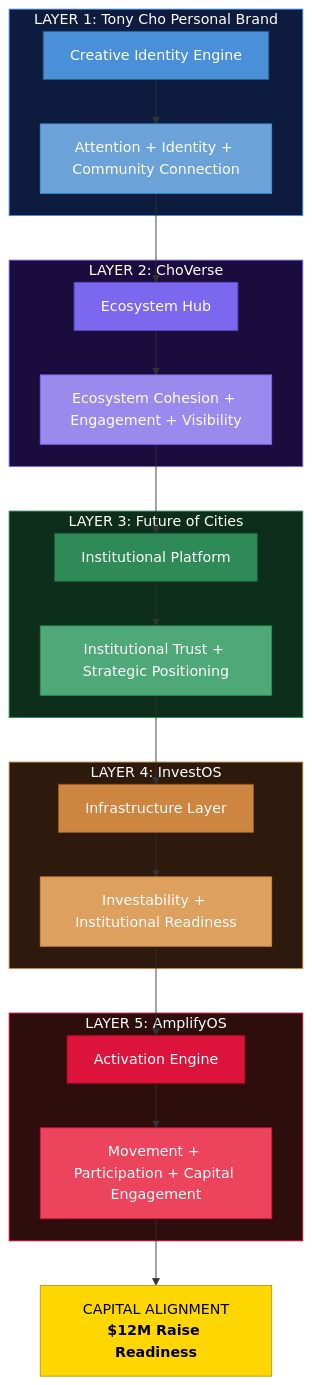
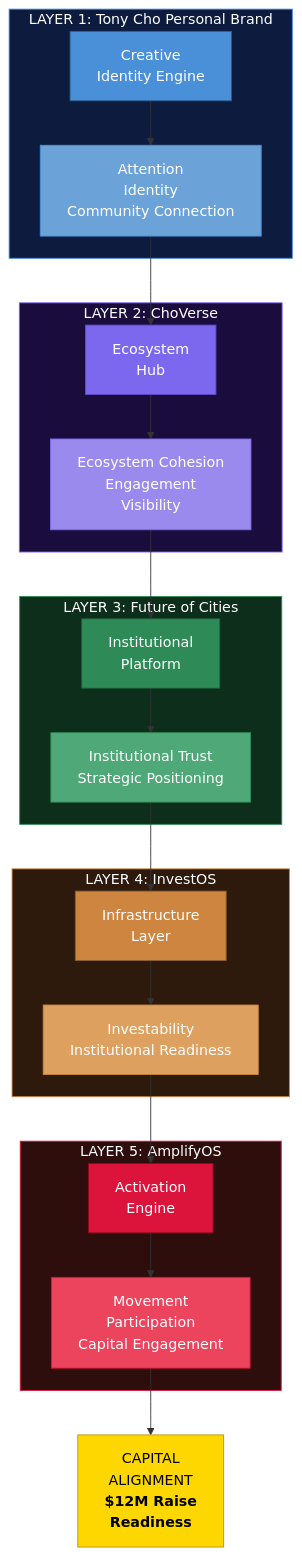
Before and after one commit to Light-Brands/brand-factory: diagram 11 of 11 in brands-reorg/cho-ventures-ai/spec/pricing/final-pricing-strategy.md, drawn with Mermaid. The commit also changed other lines of this file and 1 other file, not shown here.

First line of the commit message:
Fix Mermaid diagram text wrapping to prevent label cutoff

````diff
--- a/brands-reorg/cho-ventures-ai/spec/pricing/final-pricing-strategy.md
+++ b/brands-reorg/cho-ventures-ai/spec/pricing/final-pricing-strategy.md
@@ -776,57 +776,57 @@
 ```mermaid
 flowchart TD
     subgraph L1["LAYER 1: Tony Cho Personal Brand"]
-        L1R["Creative Identity Engine"]
-        L1O["Attention + Identity + Community Connection"]
+        L1R["Creative<br/>Identity Engine"]
+        L1O["Attention<br/>Identity<br/>Community Connection"]
     end
 
     subgraph L2["LAYER 2: ChoVerse"]
-        L2R["Ecosystem Hub"]
-        L2O["Ecosystem Cohesion + Engagement + Visibility"]
+        L2R["Ecosystem<br/>Hub"]
+        L2O["Ecosystem Cohesion<br/>Engagement<br/>Visibility"]
     end
 
     subgraph L3["LAYER 3: Future of Cities"]
-        L3R["Institutional Platform"]
-        L3O["Institutional Trust + Strategic Positioning"]
+        L3R["Institutional<br/>Platform"]
+        L3O["Institutional Trust<br/>Strategic Positioning"]
     end
 
     subgraph L4["LAYER 4: InvestOS"]
-        L4R["Infrastructure Layer"]
-        L4O["Investability + Institutional Readiness"]
+        L4R["Infrastructure<br/>Layer"]
+        L4O["Investability<br/>Institutional Readiness"]
     end
 
     subgraph L5["LAYER 5: AmplifyOS"]
-        L5R["Activation Engine"]
-        L5O["Movement + Participation + Capital Engagement"]
+        L5R["Activation<br/>Engine"]
+        L5O["Movement<br/>Participation<br/>Capital Engagement"]
     end
 
-    OUTCOME["CAPITAL ALIGNMENT<br/><b>$12M Raise Readiness</b>"]
+    OUTCOME["CAPITAL<br/>ALIGNMENT<br/><b>$12M Raise<br/>Readiness</b>"]
 
     L1R --> L1O
     L1O --> L2R
     L2R --> L2O
     L2O --> L3R
     L3R --> L3O
     L3O --> L4R
     L4R --> L4O
     L4O --> L5R
     L5R --> L5O
     L5O --> OUTCOME
 
     style L1 fill:#0d1b3e,stroke:#4A90D9,color:#fff
     style L2 fill:#1a0d3e,stroke:#7B68EE,color:#fff
     style L3 fill:#0d2e1a,stroke:#2E8B57,color:#fff
     style L4 fill:#2e1a0d,stroke:#CD853F,color:#fff
     style L5 fill:#2e0d0d,stroke:#DC143C,color:#fff
     style L1R fill:#4A90D9,stroke:#2C5F8A,color:#fff
     style L1O fill:#6BA3D9,stroke:#4A90D9,color:#fff
     style L2R fill:#7B68EE,stroke:#5A4BC7,color:#fff
     style L2O fill:#9B8AEE,stroke:#7B68EE,color:#fff
     style L3R fill:#2E8B57,stroke:#1D5E3A,color:#fff
     style L3O fill:#4EA877,stroke:#2E8B57,color:#fff
     style L4R fill:#CD853F,stroke:#8B5E2B,color:#fff
     style L4O fill:#DDA05F,stroke:#CD853F,color:#fff
     style L5R fill:#DC143C,stroke:#8B0A1E,color:#fff
     style L5O fill:#EC445C,stroke:#DC143C,color:#fff
     style OUTCOME fill:#FFD700,stroke:#B8960F,color:#000
 ```
````
